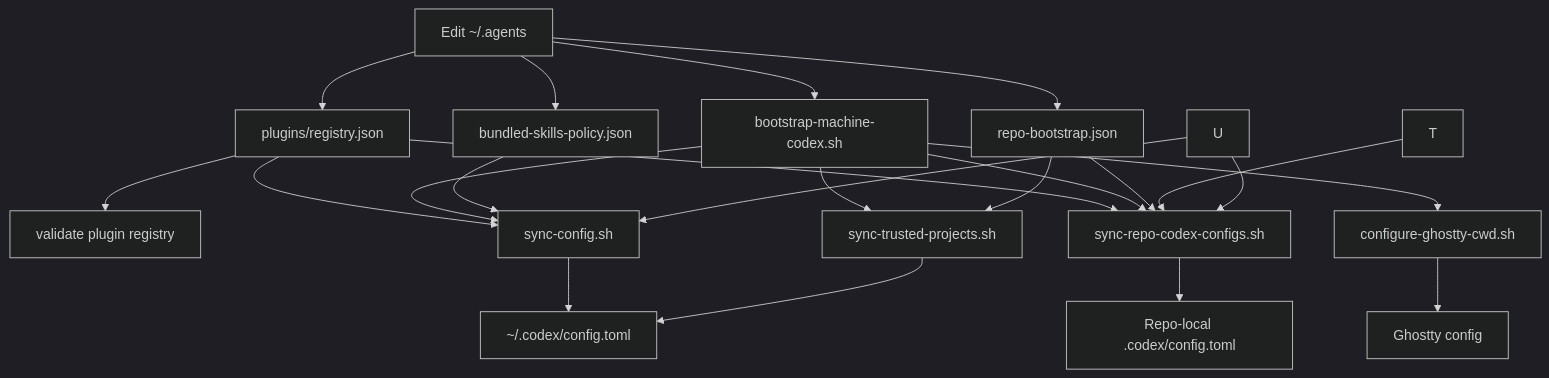
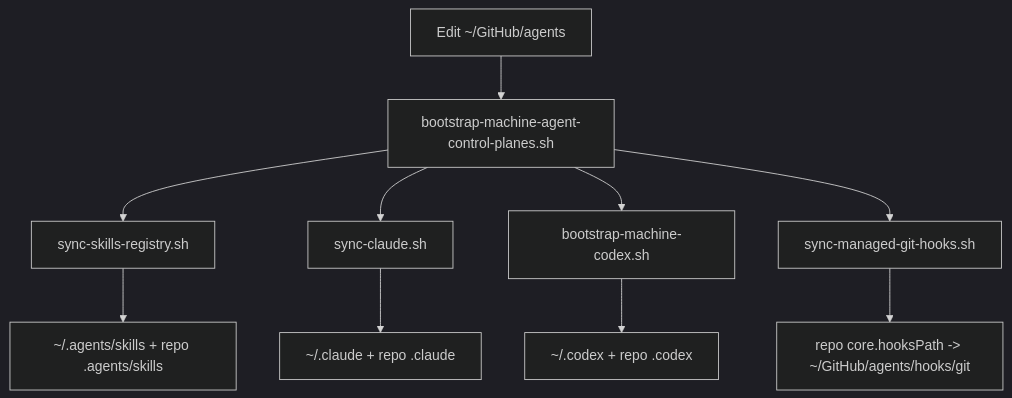
Before and after one commit to wisdom-in-a-nutshell/.agents: the second of 2 diagrams in docs/architecture/codex-control-plane.md, drawn with Mermaid (dark theme). The commit also changed other lines of this file and 109 other files, not shown here.

````diff
--- a/docs/architecture/codex-control-plane.md
+++ b/docs/architecture/codex-control-plane.md
@@ -40,24 +51,12 @@
 ```mermaid
 flowchart TD
-    A[Edit ~/.agents] --> B[bootstrap-machine-codex.sh]
-    A --> P[plugins/registry.json]
-    A --> R[repo-bootstrap.json]
-    P --> Q[validate plugin registry]
-    P --> C
-    P --> E
-    A --> V[bundled-skills-policy.json]
-    B --> C[sync-config.sh]
-    B --> D[sync-trusted-projects.sh]
-    B --> E[sync-repo-codex-configs.sh]
-    B --> F[configure-ghostty-cwd.sh]
-    C --> G[~/.codex/config.toml]
-    V --> C
-    R --> D
-    R --> E
-    T --> E
-    U --> C
-    U --> E
-    D --> G
-    E --> I[Repo-local .codex/config.toml]
-    F --> J[Ghostty config]
+    A["Edit ~/GitHub/agents"] --> B["bootstrap-machine-agent-control-planes.sh"]
+    B --> C["sync-skills-registry.sh"]
+    B --> D["sync-claude.sh"]
+    B --> E["bootstrap-machine-codex.sh"]
+    B --> F["sync-managed-git-hooks.sh"]
+    C --> G["~/.agents/skills + repo .agents/skills"]
+    D --> H["~/.claude + repo .claude"]
+    E --> I["~/.codex + repo .codex"]
+    F --> J["repo core.hooksPath -> ~/GitHub/agents/hooks/git"]
 ```
````
